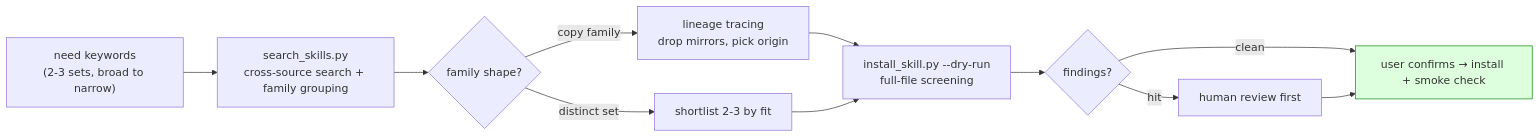
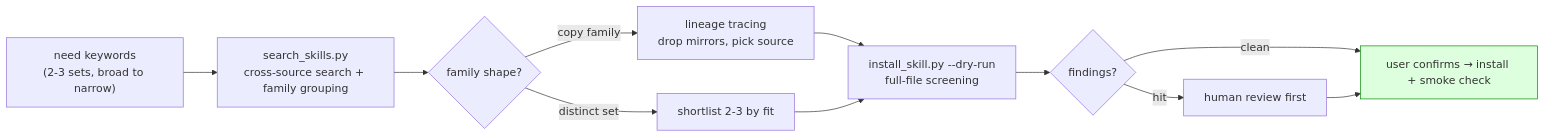
Before and after one commit to a28939876-max/world-aid: the diagram in README.en.md, drawn with Mermaid. The commit also changed other lines of this file and 1 other file, not shown here.

````diff
--- a/README.en.md
+++ b/README.en.md
@@ -56,14 +108,14 @@
 ```mermaid
 flowchart LR
     A["need keywords<br/>(2-3 sets, broad to narrow)"] --> B["search_skills.py<br/>cross-source search + family grouping"]
     B --> C{"family shape?"}
-    C -- "copy family" --> D["lineage tracing<br/>drop mirrors, pick origin"]
+    C -- "copy family" --> D["lineage tracing<br/>drop mirrors, pick source"]
     C -- "distinct set" --> E["shortlist 2-3 by fit"]
     D --> F["install_skill.py --dry-run<br/>full-file screening"]
     E --> F
     F --> G{"findings?"}
     G -- "hit" --> H["human review first"]
     G -- "clean" --> I["user confirms → install + smoke check"]
     H --> I
     style I fill:#dfd,stroke:#080
 ```
````
